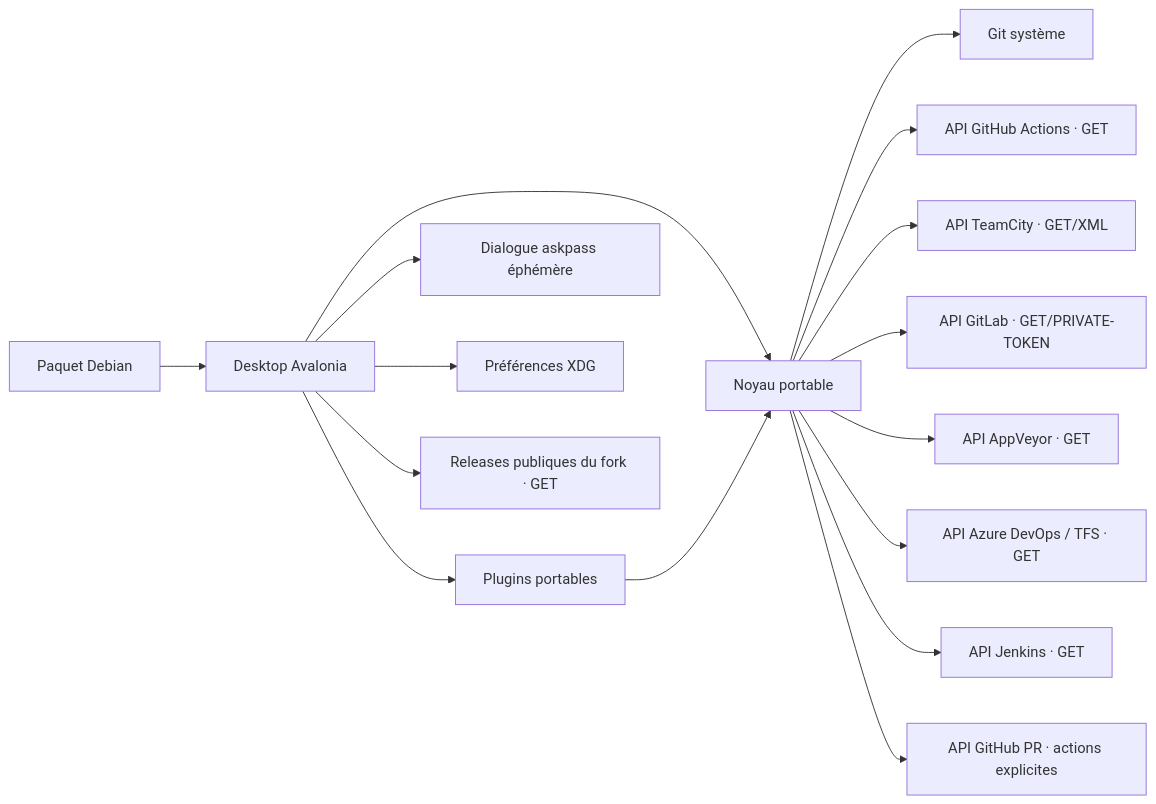
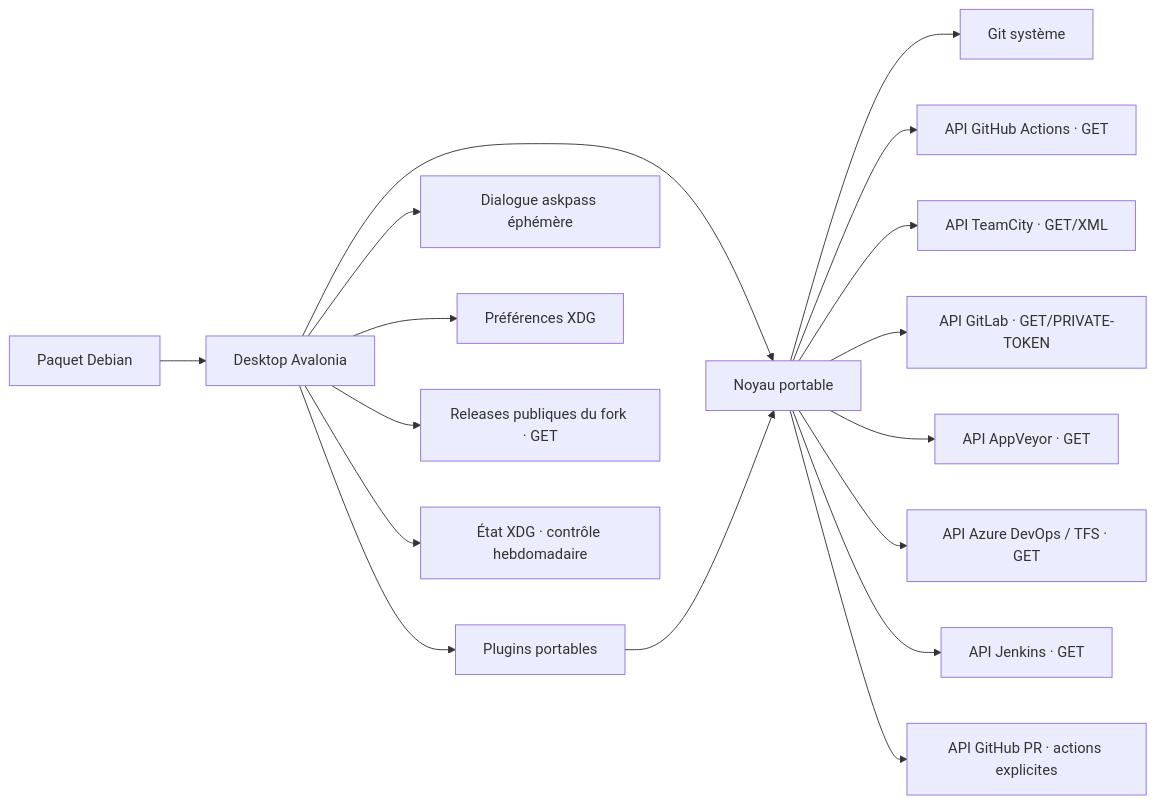
One commit to Azreal42/gitextensions changed the second of 2 diagrams in .agents/docs/c4.md. Above: the diagram before and after it, drawn with Mermaid. The commit also changed other lines of this file and 11 other files, not shown here.

````diff
--- a/.agents/docs/c4.md
+++ b/.agents/docs/c4.md
@@ -19,18 +19,19 @@
 ```mermaid
 flowchart LR
   UI[Desktop Avalonia] --> CORE[Noyau portable]
   CORE --> CLI[Git système]
   CORE --> ACTIONS[API GitHub Actions · GET]
   CORE --> TEAMCITY[API TeamCity · GET/XML]
   CORE --> GITLAB[API GitLab · GET/PRIVATE-TOKEN]
   CORE --> APPVEYOR[API AppVeyor · GET]
   CORE --> AZURE[API Azure DevOps / TFS · GET]
   CORE --> JENKINS[API Jenkins · GET]
   CORE --> HOSTING[API GitHub PR · actions explicites]
   UI --> PLUGINS[Plugins portables]
   PLUGINS --> CORE
   UI --> AUTH[Dialogue askpass éphémère]
   UI --> XDG[Préférences XDG]
   UI --> UPDATES[Releases publiques du fork · GET]
+  UI --> STATE[État XDG · contrôle hebdomadaire]
   DEB[Paquet Debian] --> UI
 ```
````
